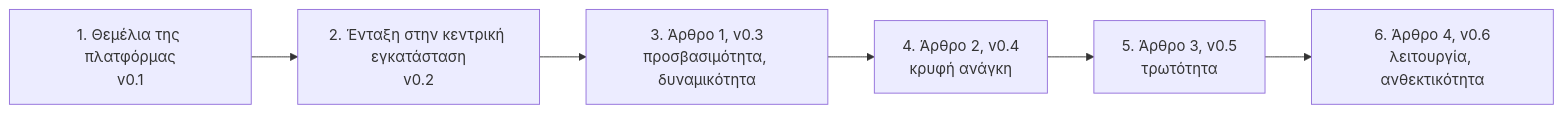
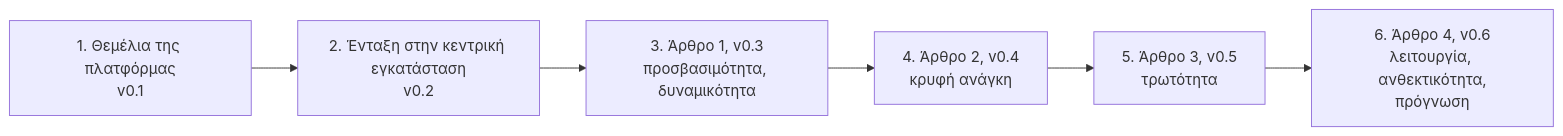
Before and after one commit to SolidarityNode/snode: the diagram in docs/roadmap.el.md, drawn with Mermaid. The commit also changed other lines of this file and 7 other files, not shown here.

Commit message:
docs: roadmap says Paper 4 includes forecasting; counts, glossary, changelog

````diff
--- a/docs/roadmap.el.md
+++ b/docs/roadmap.el.md
@@ -9,8 +9,8 @@
 ```mermaid
 flowchart LR
     F["1. Θεμέλια της πλατφόρμας<br/>v0.1"] --> H["2. Ένταξη στην κεντρική εγκατάσταση<br/>v0.2"]
     H --> P1["3. Άρθρο 1, v0.3<br/>προσβασιμότητα, δυναμικότητα"]
     P1 --> P2["4. Άρθρο 2, v0.4<br/>κρυφή ανάγκη"]
     P2 --> P3["5. Άρθρο 3, v0.5<br/>τρωτότητα"]
-    P3 --> P4["6. Άρθρο 4, v0.6<br/>λειτουργία, ανθεκτικότητα"]
+    P3 --> P4["6. Άρθρο 4, v0.6<br/>λειτουργία, ανθεκτικότητα,<br/>πρόγνωση"]
 ```
````
